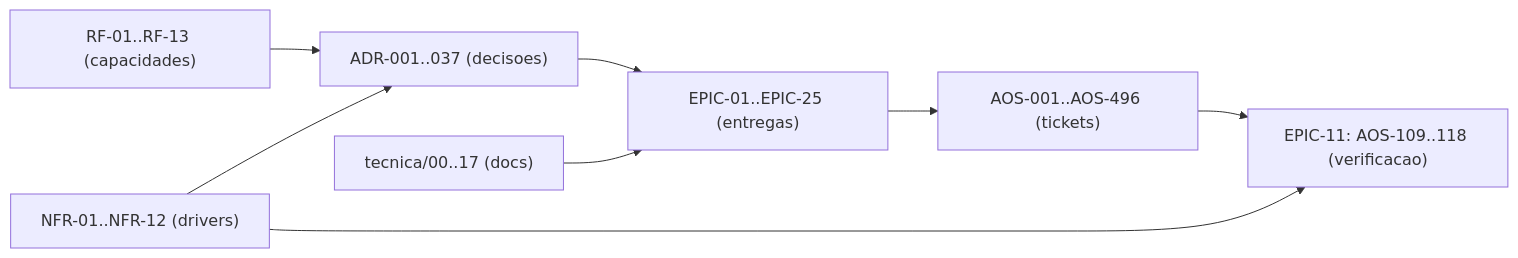
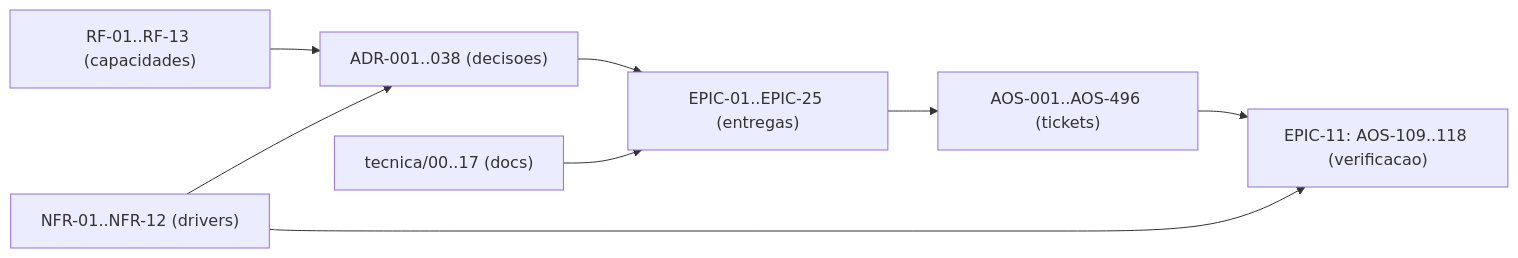
The diagram in tecnica/16_Rastreabilidade_RTM.md (albinoJimy/aos), drawn with Mermaid before and after one commit. The commit also changed other lines of this file and 27 other files, not shown here.

````diff
--- a/tecnica/16_Rastreabilidade_RTM.md
+++ b/tecnica/16_Rastreabilidade_RTM.md
@@ -205,10 +206,10 @@
 ```mermaid
 flowchart LR
-    RF["RF-01..RF-13 (capacidades)"] --> ADR["ADR-001..037 (decisoes)"]
+    RF["RF-01..RF-13 (capacidades)"] --> ADR["ADR-001..038 (decisoes)"]
     NFR["NFR-01..NFR-12 (drivers)"] --> ADR
     ADR --> EPIC["EPIC-01..EPIC-25 (entregas)"]
     EPIC --> TICK["AOS-001..AOS-496 (tickets)"]
     DOC["tecnica/00..17 (docs)"] --> EPIC
     TICK --> TEST["EPIC-11: AOS-109..118 (verificacao)"]
     NFR --> TEST
 ```
````
